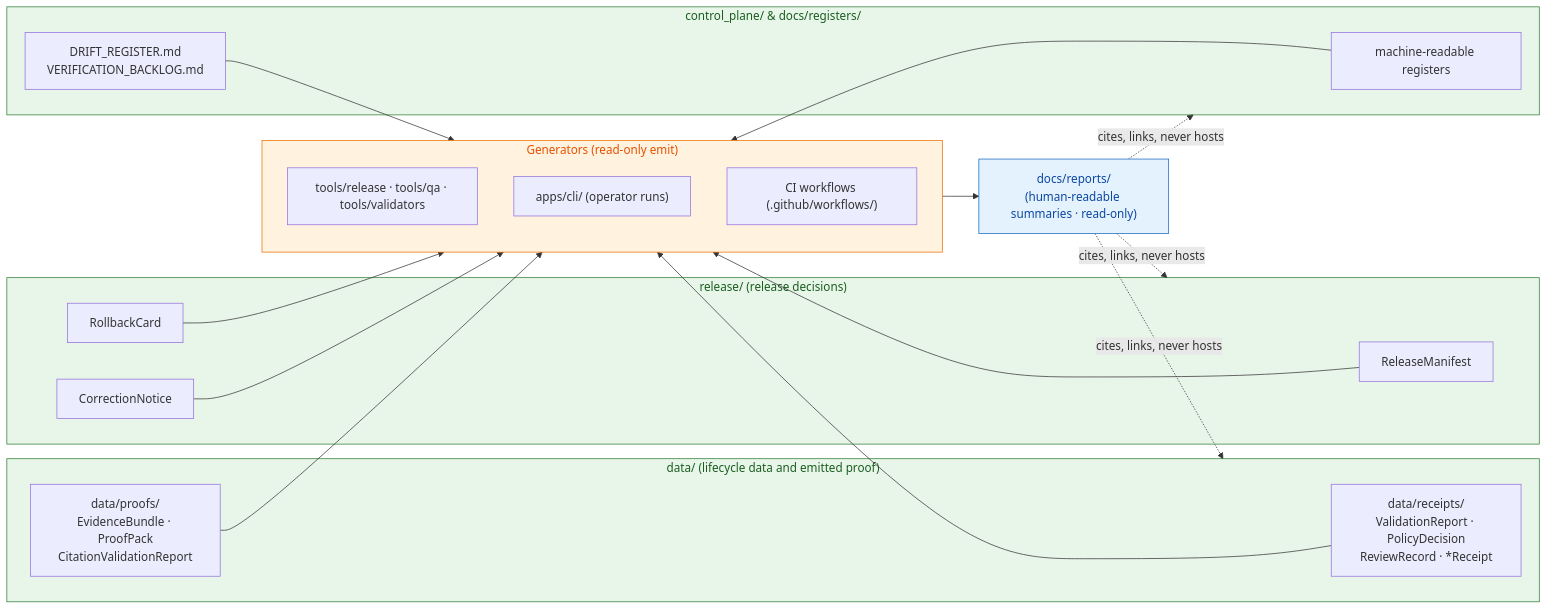
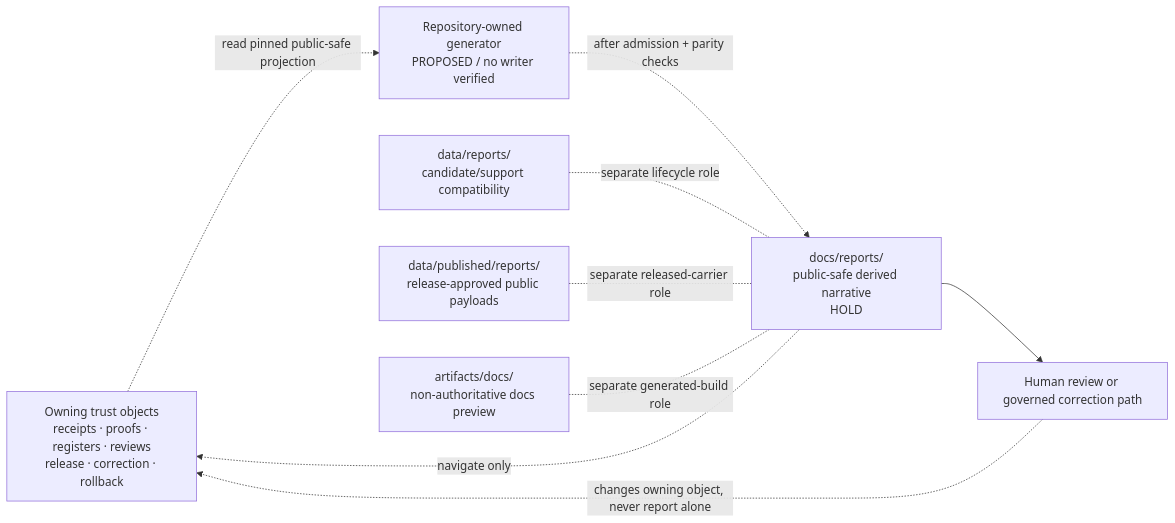
The diagram in docs/reports/README.md (bartytime4life/Kansas-Frontier-Matrix), drawn with Mermaid before and after one commit. The commit also changed other lines of this file, not shown here.

Commit message:
docs(reports): reconcile generated report lane

````diff
--- a/docs/reports/README.md
+++ b/docs/reports/README.md
@@ -210,46 +470,20 @@
 ```mermaid
 flowchart LR
-  subgraph DATA["data/ (lifecycle data and emitted proof)"]
-    REC["data/receipts/<br/>ValidationReport · PolicyDecision<br/>ReviewRecord · *Receipt"]
-    PRF["data/proofs/<br/>EvidenceBundle · ProofPack<br/>CitationValidationReport"]
-  end
+    TRUST["Owning trust objects<br/>receipts · proofs · registers · reviews<br/>release · correction · rollback"]
+    GEN["Repository-owned generator<br/>PROPOSED / no writer verified"]
+    DOCREP["docs/reports/<br/>public-safe derived narrative<br/>HOLD"]
+    CAND["data/reports/<br/>candidate/support compatibility"]
+    PUB["data/published/reports/<br/>release-approved public payloads"]
+    PREVIEW["artifacts/docs/<br/>non-authoritative docs preview"]
+    REVIEW["Human review or governed correction path"]
 
-  subgraph RELEASE["release/ (release decisions)"]
-    MAN["ReleaseManifest"]
-    RB["RollbackCard"]
-    CN["CorrectionNotice"]
-  end
+    TRUST -. "read pinned public-safe projection" .-> GEN
+    GEN -. "after admission + parity checks" .-> DOCREP
+    DOCREP -. "navigate only" .-> TRUST
+    DOCREP --> REVIEW
+    REVIEW -. "changes owning object, never report alone" .-> TRUST
 
-  subgraph REG["control_plane/ &amp; docs/registers/"]
-    CP["machine-readable registers"]
-    DR["DRIFT_REGISTER.md<br/>VERIFICATION_BACKLOG.md"]
-  end
-
-  subgraph GEN["Generators (read-only emit)"]
-    TOOL["tools/release · tools/qa · tools/validators"]
-    CLI["apps/cli/ (operator runs)"]
-    CI["CI workflows (.github/workflows/)"]
-  end
-
-  REPORTS["docs/reports/<br/>(human-readable summaries · read-only)"]
-
-  REC --> GEN
-  PRF --> GEN
-  MAN --> GEN
-  RB  --> GEN
-  CN  --> GEN
-  CP  --> GEN
-  DR  --> GEN
-  GEN --> REPORTS
-
-  REPORTS -. "cites, links, never hosts" .-> DATA
-  REPORTS -. "cites, links, never hosts" .-> RELEASE
-  REPORTS -. "cites, links, never hosts" .-> REG
-
-  classDef canon fill:#e8f5e9,stroke:#2e7d32,color:#1b5e20;
-  classDef gen   fill:#fff3e0,stroke:#ef6c00,color:#e65100;
-  classDef rep   fill:#e3f2fd,stroke:#1565c0,color:#0d47a1;
-  class DATA,RELEASE,REG canon;
-  class GEN gen;
-  class REPORTS rep;
+    CAND -. "separate lifecycle role" .- DOCREP
+    PUB -. "separate released-carrier role" .- DOCREP
+    PREVIEW -. "separate generated-build role" .- DOCREP
 ```
````
